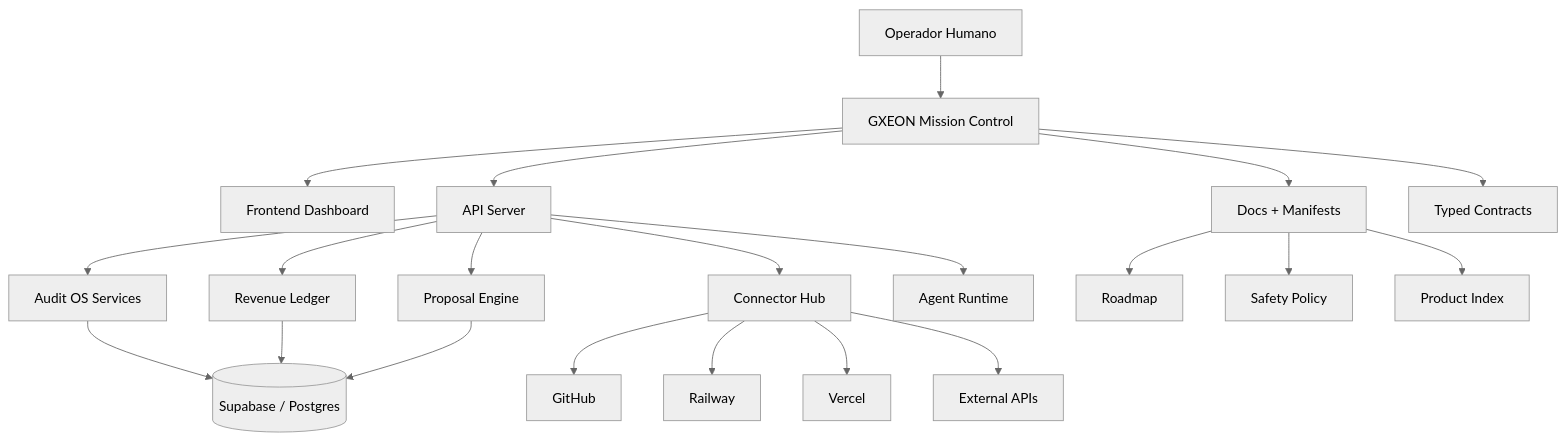
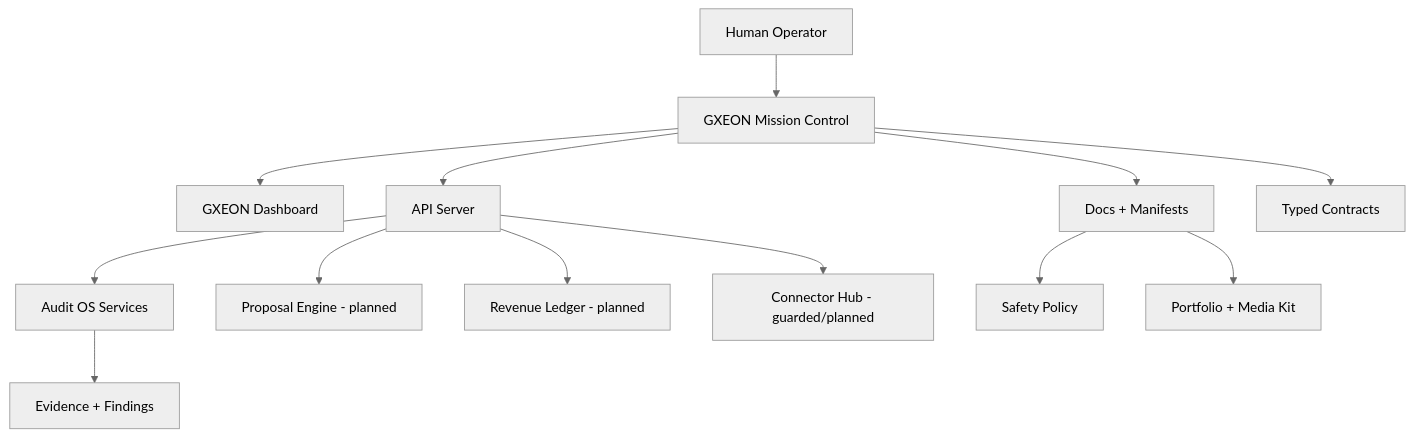
One commit to xpex-systems-ai/GXEON-AI changed the third of 3 diagrams in README.md. Above: the diagram before and after it, drawn with Mermaid (neutral theme). The commit also changed other lines of this file and 19 other files, not shown here.

Commit message:
Add GXEON OS investor brand portfolio kit

````diff
--- a/README.md
+++ b/README.md
@@ -182,28 +161,15 @@
 ```mermaid
 flowchart TB
-    Operator[Operador Humano] --> GX[GXEON Mission Control]
-
-    GX --> Dashboard[Frontend Dashboard]
-    GX --> API[API Server]
-    GX --> Docs[Docs + Manifests]
-    GX --> Contracts[Typed Contracts]
-
+    Operator[Human Operator] --> Mission[GXEON Mission Control]
+    Mission --> Dashboard[GXEON Dashboard]
+    Mission --> API[API Server]
+    Mission --> Docs[Docs + Manifests]
+    Mission --> Contracts[Typed Contracts]
     API --> Audit[Audit OS Services]
-    API --> Proposal[Proposal Engine]
-    API --> Ledger[Revenue Ledger]
-    API --> Connectors[Connector Hub]
-    API --> Agents[Agent Runtime]
-
-    Audit --> Supabase[(Supabase / Postgres)]
-    Ledger --> Supabase
-    Proposal --> Supabase
-
-    Connectors --> GitHub[GitHub]
-    Connectors --> Railway[Railway]
-    Connectors --> Vercel[Vercel]
-    Connectors --> External[External APIs]
-
-    Docs --> Roadmap[Roadmap]
+    API --> Proposal[Proposal Engine - planned]
+    API --> Ledger[Revenue Ledger - planned]
+    API --> Connectors[Connector Hub - guarded/planned]
+    Audit --> Evidence[Evidence + Findings]
     Docs --> Safety[Safety Policy]
-    Docs --> Products[Product Index]
+    Docs --> Portfolio[Portfolio + Media Kit]
 ```
````
